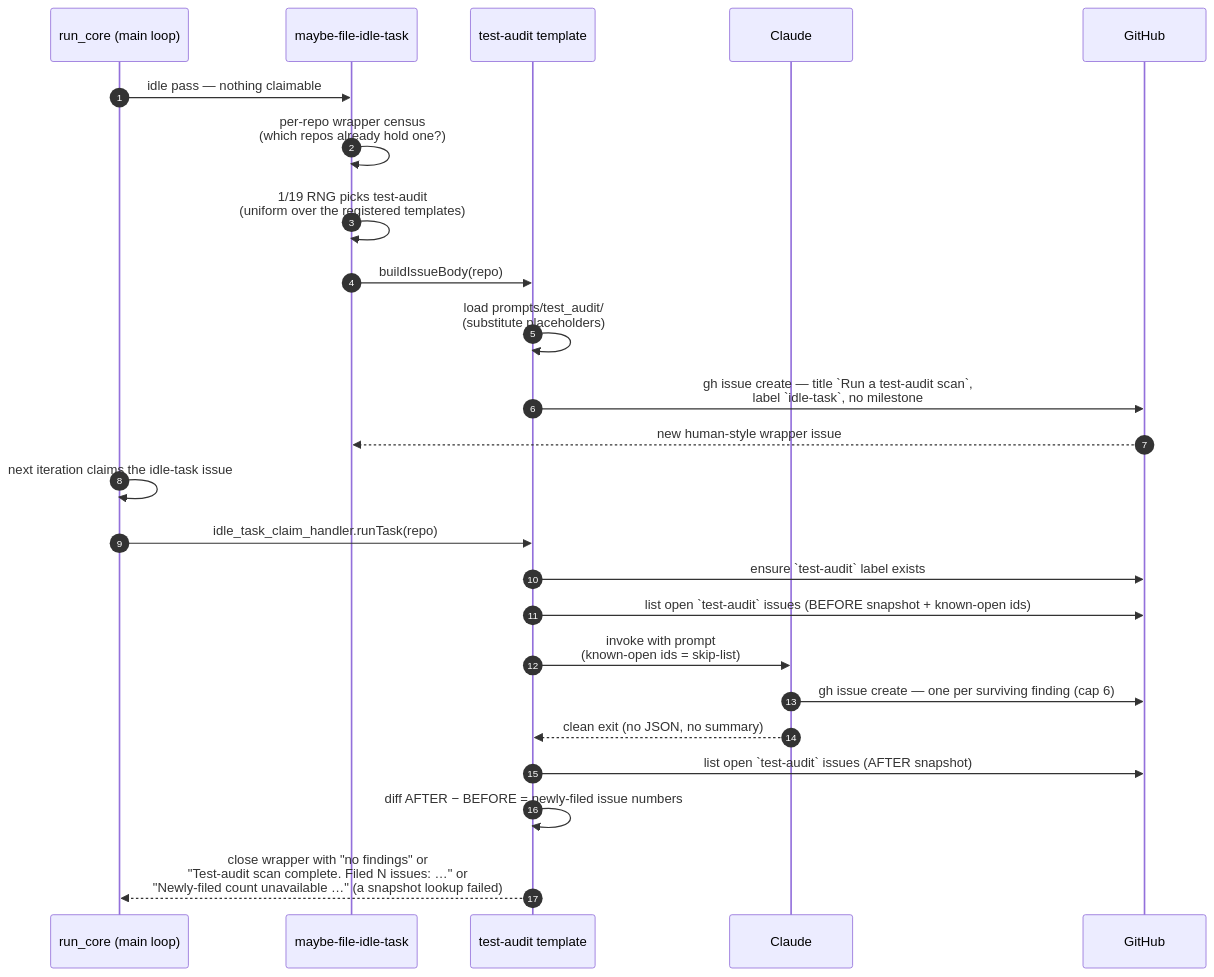
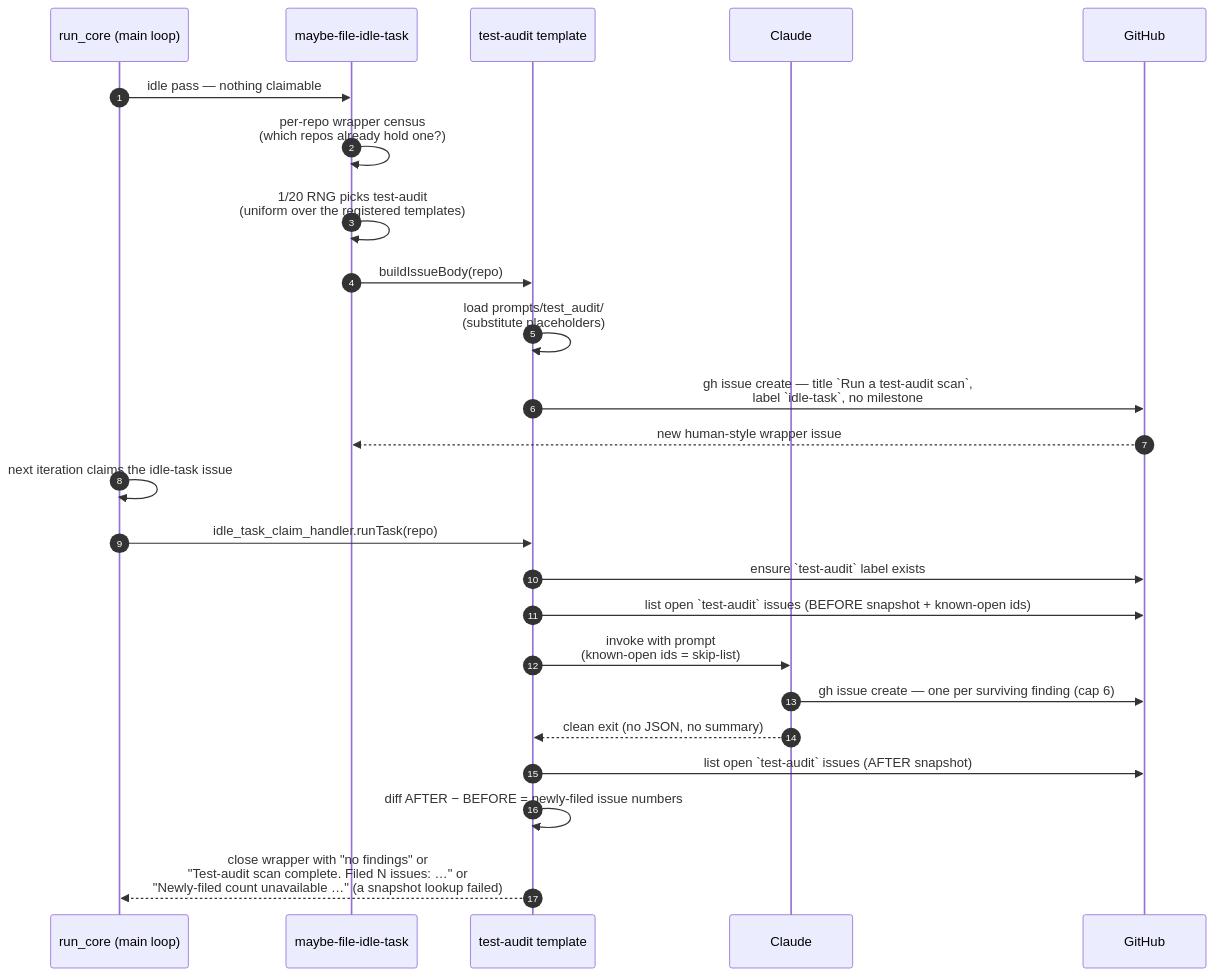
One commit to stSoftwareAU/VibeCoder changed the first of 2 diagrams in docs/TEST-AUDIT-SCAN.md. Above: the diagram before and after it, drawn with Mermaid. The commit also changed other lines of this file and 30 other files, not shown here.

````diff
--- a/docs/TEST-AUDIT-SCAN.md
+++ b/docs/TEST-AUDIT-SCAN.md
@@ -182,27 +182,27 @@
 ```mermaid
 sequenceDiagram
     autonumber
     participant Main as run_core (main loop)
     participant Filer as maybe-file-idle-task
     participant Template as test-audit template
     participant Claude
     participant GH as GitHub
 
     Main->>Filer: idle pass — nothing claimable
     Filer->>Filer: per-repo wrapper census<br/>(which repos already hold one?)
-    Filer->>Filer: 1/19 RNG picks test-audit<br/>(uniform over the registered templates)
+    Filer->>Filer: 1/20 RNG picks test-audit<br/>(uniform over the registered templates)
     Filer->>Template: buildIssueBody(repo)
     Template->>Template: load prompts/test_audit/<br/>(substitute placeholders)
     Template->>GH: gh issue create — title `Run a test-audit scan`,<br/>label `idle-task`, no milestone
     GH-->>Filer: new human-style wrapper issue
     Main->>Main: next iteration claims the idle-task issue
     Main->>Template: idle_task_claim_handler.runTask(repo)
     Template->>GH: ensure `test-audit` label exists
     Template->>GH: list open `test-audit` issues (BEFORE snapshot + known-open ids)
     Template->>Claude: invoke with prompt<br/>(known-open ids = skip-list)
     Claude->>GH: gh issue create — one per surviving finding (cap 6)
     Claude-->>Template: clean exit (no JSON, no summary)
     Template->>GH: list open `test-audit` issues (AFTER snapshot)
     Template->>Template: diff AFTER − BEFORE = newly-filed issue numbers
     Template-->>Main: close wrapper with "no findings" or<br/>"Test-audit scan complete. Filed N issues: …" or<br/>"Newly-filed count unavailable …" (a snapshot lookup failed)
 ```
````
